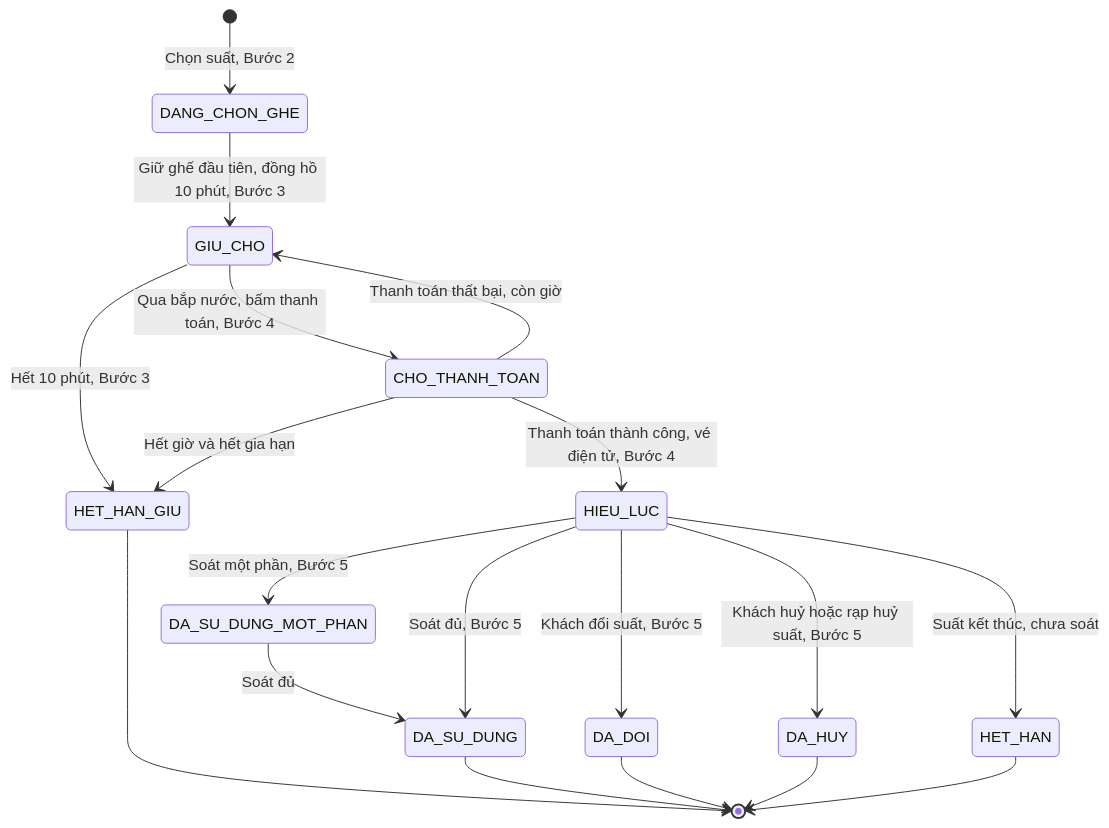
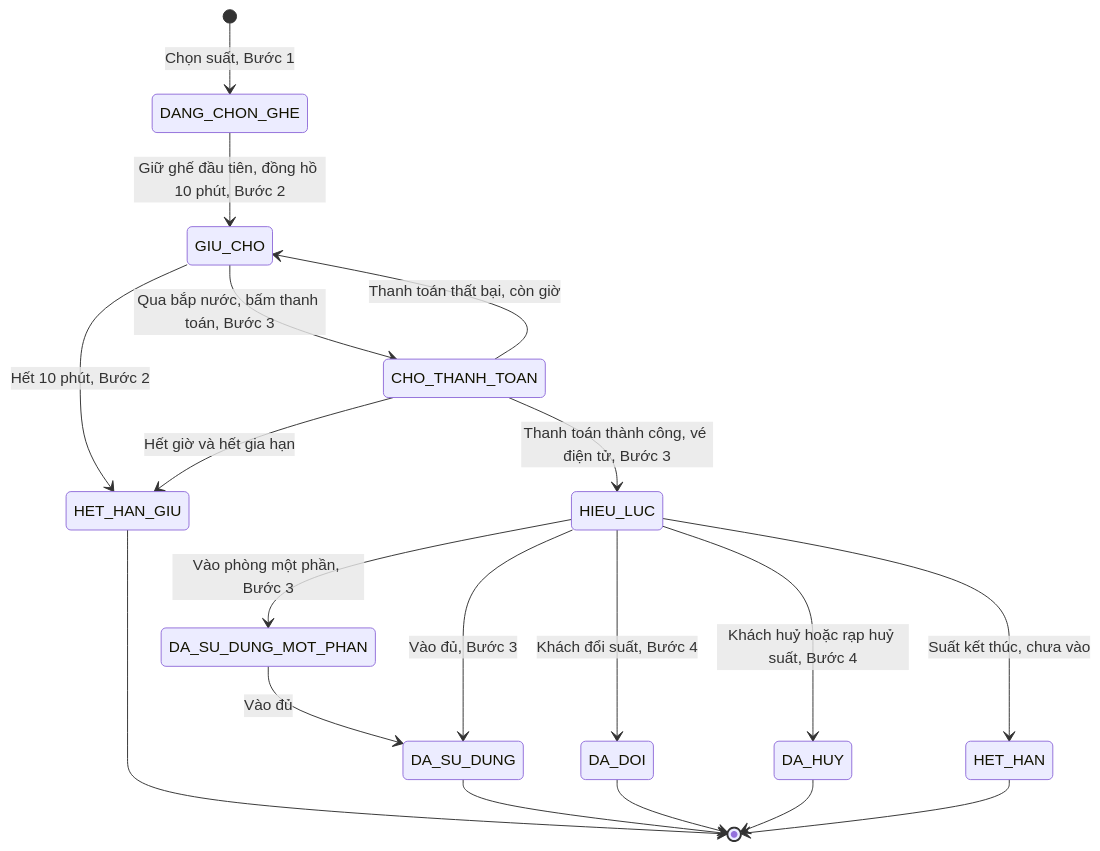
One commit to uxfoundation-vn/de08-dat-ve-xem-phim changed the first of 2 diagrams in README.md. Above: the diagram before and after it, drawn with Mermaid. The commit also changed other lines of this file and 2 other files, not shown here.

First line of the commit message:
Đề 8: chỉ giữ luồng của khách

````diff
--- a/README.md
+++ b/README.md
@@ -27,21 +26,21 @@
 ```mermaid
 stateDiagram-v2
-  [*] --> DANG_CHON_GHE : Chọn suất, Bước 2
-  DANG_CHON_GHE --> GIU_CHO : Giữ ghế đầu tiên, đồng hồ 10 phút, Bước 3
-  GIU_CHO --> CHO_THANH_TOAN : Qua bắp nước, bấm thanh toán, Bước 4
-  GIU_CHO --> HET_HAN_GIU : Hết 10 phút, Bước 3
+  [*] --> DANG_CHON_GHE : Chọn suất, Bước 1
+  DANG_CHON_GHE --> GIU_CHO : Giữ ghế đầu tiên, đồng hồ 10 phút, Bước 2
+  GIU_CHO --> CHO_THANH_TOAN : Qua bắp nước, bấm thanh toán, Bước 3
+  GIU_CHO --> HET_HAN_GIU : Hết 10 phút, Bước 2
   CHO_THANH_TOAN --> GIU_CHO : Thanh toán thất bại, còn giờ
   CHO_THANH_TOAN --> HET_HAN_GIU : Hết giờ và hết gia hạn
-  CHO_THANH_TOAN --> HIEU_LUC : Thanh toán thành công, vé điện tử, Bước 4
-  HIEU_LUC --> DA_SU_DUNG_MOT_PHAN : Soát một phần, Bước 5
-  DA_SU_DUNG_MOT_PHAN --> DA_SU_DUNG : Soát đủ
-  HIEU_LUC --> DA_SU_DUNG : Soát đủ, Bước 5
-  HIEU_LUC --> DA_DOI : Khách đổi suất, Bước 5
-  HIEU_LUC --> DA_HUY : Khách huỷ hoặc rạp huỷ suất, Bước 5
-  HIEU_LUC --> HET_HAN : Suất kết thúc, chưa soát
+  CHO_THANH_TOAN --> HIEU_LUC : Thanh toán thành công, vé điện tử, Bước 3
+  HIEU_LUC --> DA_SU_DUNG_MOT_PHAN : Vào phòng một phần, Bước 3
+  DA_SU_DUNG_MOT_PHAN --> DA_SU_DUNG : Vào đủ
+  HIEU_LUC --> DA_SU_DUNG : Vào đủ, Bước 3
+  HIEU_LUC --> DA_DOI : Khách đổi suất, Bước 4
+  HIEU_LUC --> DA_HUY : Khách huỷ hoặc rạp huỷ suất, Bước 4
+  HIEU_LUC --> HET_HAN : Suất kết thúc, chưa vào
   HET_HAN_GIU --> [*]
   DA_SU_DUNG --> [*]
   DA_DOI --> [*]
   DA_HUY --> [*]
   HET_HAN --> [*]
 ```
````
